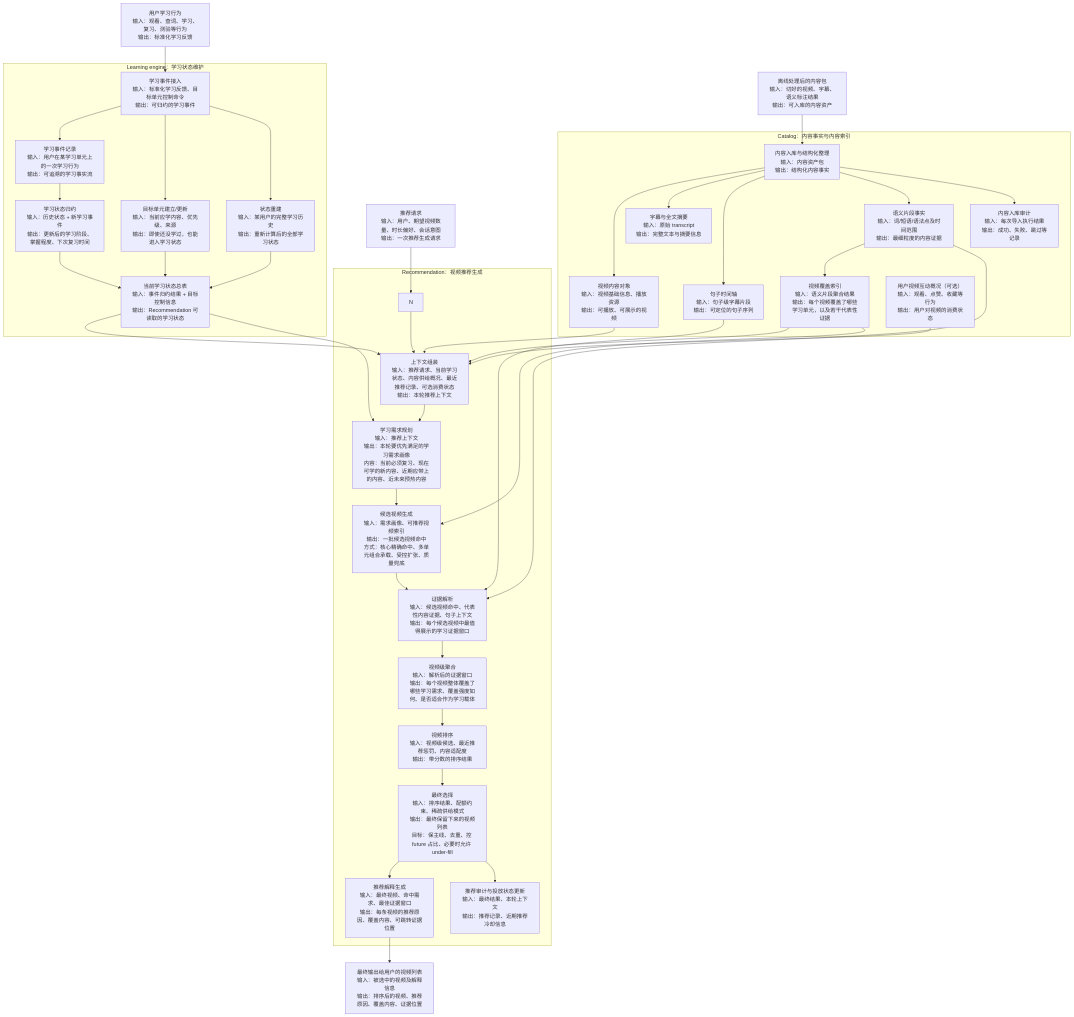
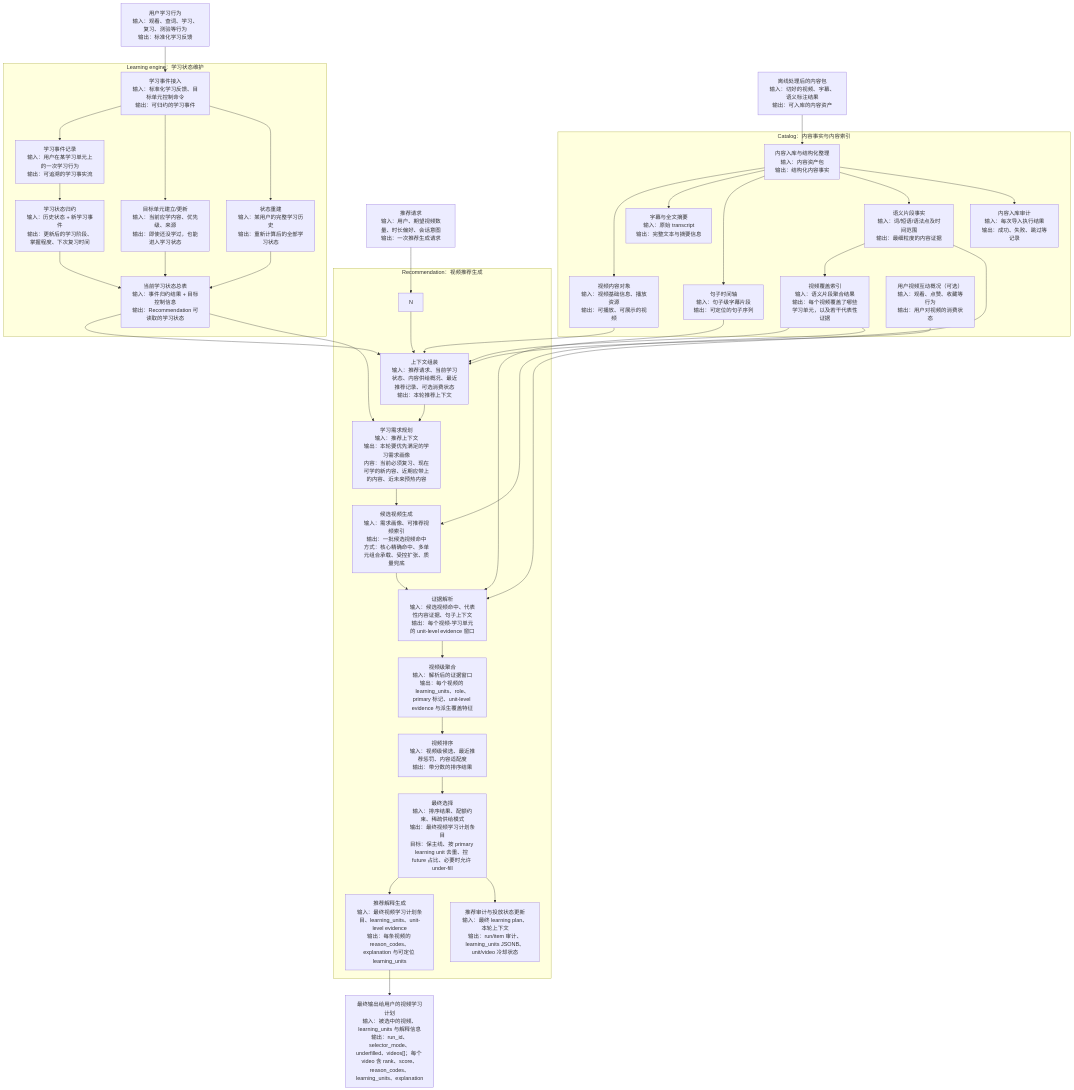
The first of 6 diagrams in docs/视频推荐系统设计图.md (bionicotaku/learning-video-recommendation-system), drawn with Mermaid before and after one commit. The commit also changed other lines of this file and 35 other files, not shown here.

````diff
--- a/docs/视频推荐系统设计图.md
+++ b/docs/视频推荐系统设计图.md
@@ -57,17 +57,17 @@
 
     N3["候选视频生成<br/>输入：需求画像、可推荐视频索引<br/>输出：一批候选视频命中<br/>方式：核心精确命中、多单元组合承载、受控扩张、质量兜底"]
 
-    N4["证据解析<br/>输入：候选视频命中、代表性内容证据、句子上下文<br/>输出：每个候选视频中最值得展示的学习证据窗口"]
+    N4["证据解析<br/>输入：候选视频命中、代表性内容证据、句子上下文<br/>输出：每个视频-学习单元的 unit-level evidence 窗口"]
 
-    N5["视频级聚合<br/>输入：解析后的证据窗口<br/>输出：每个视频整体覆盖了哪些学习需求、覆盖强度如何、是否适合作为学习载体"]
+    N5["视频级聚合<br/>输入：解析后的证据窗口<br/>输出：每个视频的 learning_units、role、primary 标记、unit-level evidence 与派生覆盖特征"]
 
     N6["视频排序<br/>输入：视频级候选、最近推荐惩罚、内容适配度<br/>输出：带分数的排序结果"]
 
-    N7["最终选择<br/>输入：排序结果、配额约束、稀疏供给模式<br/>输出：最终保留下来的视频列表<br/>目标：保主线、去重、控 future 占比、必要时允许 under-fill"]
+    N7["最终选择<br/>输入：排序结果、配额约束、稀疏供给模式<br/>输出：最终视频学习计划条目<br/>目标：保主线、按 primary learning unit 去重、控 future 占比、必要时允许 under-fill"]
 
-    N8["推荐解释生成<br/>输入：最终视频、命中需求、最佳证据窗口<br/>输出：每条视频的推荐原因、覆盖内容、可跳转证据位置"]
+    N8["推荐解释生成<br/>输入：最终视频学习计划条目、learning_units、unit-level evidence<br/>输出：每条视频的 reason_codes、explanation 与可定位 learning_units"]
 
-    N9["推荐审计与投放状态更新<br/>输入：最终结果、本轮上下文<br/>输出：推荐记录、近期推荐冷却信息"]
+    N9["推荐审计与投放状态更新<br/>输入：最终 learning plan、本轮上下文<br/>输出：run/item 审计、learning_units JSONB、unit/video 冷却状态"]
 
     N1 --> N2
     N2 --> N3
@@ -89,5 +89,5 @@
 L5 --> N1
 L5 --> N2
 
-N8 --> Z["最终输出给用户的视频列表<br/>输入：被选中的视频及解释信息<br/>输出：排序后的视频、推荐原因、覆盖内容、证据位置"]
+N8 --> Z["最终输出给用户的视频学习计划<br/>输入：被选中的视频、learning_units 与解释信息<br/>输出：run_id、selector_mode、underfilled、videos[]；每个 video 含 rank、score、reason_codes、learning_units、explanation"]
 ```
````
